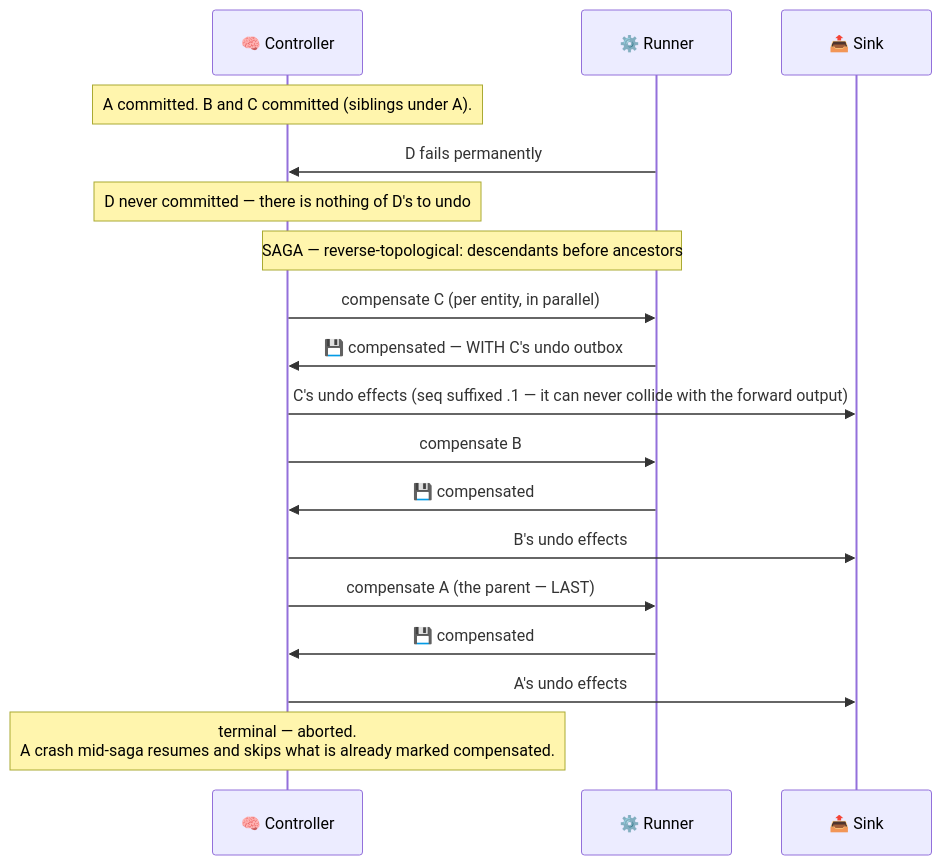
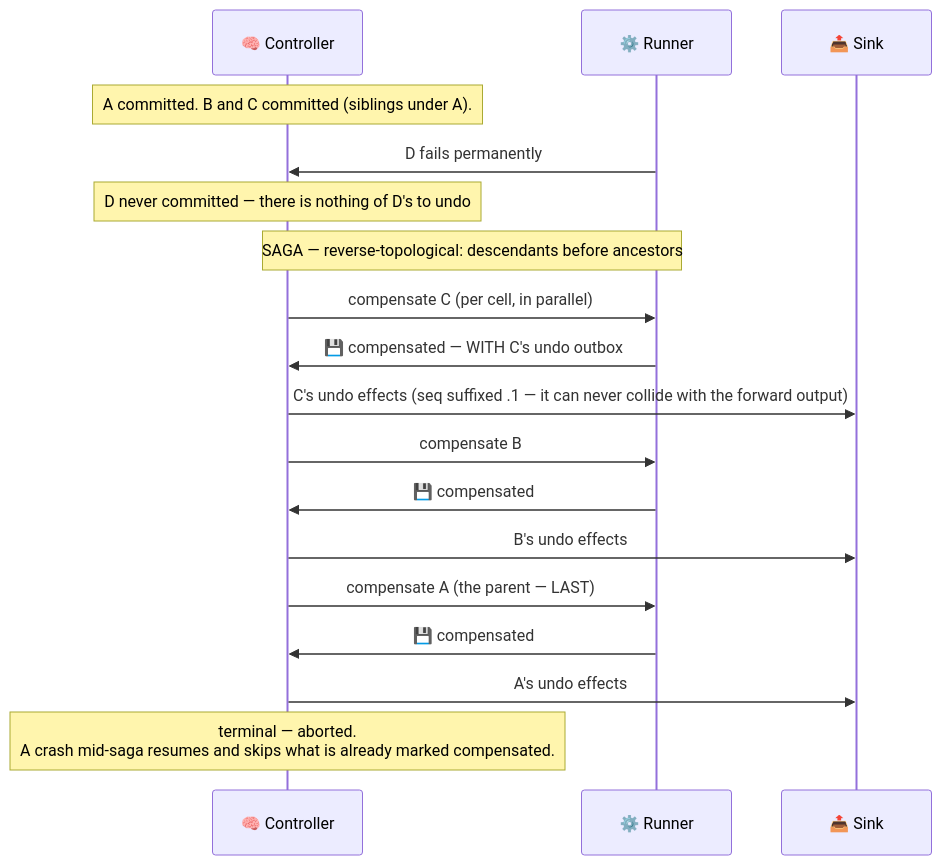
One commit to Flezha/flezha changed the fifth of 8 diagrams in docs/architecture/workflow_profile.md. Above: the diagram before and after it, drawn with Mermaid. The commit also changed other lines of this file and 604 other files, not shown here.

First line of the commit message:
Rename Procedure to Tasklet and Entity to Cell

````diff
--- a/docs/architecture/workflow_profile.md
+++ b/docs/architecture/workflow_profile.md
@@ -233,22 +233,22 @@
 ```mermaid
 sequenceDiagram
     participant CTRL as 🧠 Controller
     participant EX as ⚙️ Runner
     participant SINK as 📤 Sink
 
     Note over CTRL: A committed. B and C committed (siblings under A).
     EX->>CTRL: D fails permanently
     Note over CTRL: D never committed — there is nothing of D's to undo
 
     Note over CTRL,EX: SAGA — reverse-topological: descendants before ancestors
-    CTRL->>EX: compensate C (per entity, in parallel)
+    CTRL->>EX: compensate C (per cell, in parallel)
     EX->>CTRL: 💾 compensated — WITH C's undo outbox
     CTRL->>SINK: C's undo effects (seq suffixed .1 — it can never collide with the forward output)
     CTRL->>EX: compensate B
     EX->>CTRL: 💾 compensated
     CTRL->>SINK: B's undo effects
     CTRL->>EX: compensate A (the parent — LAST)
     EX->>CTRL: 💾 compensated
     CTRL->>SINK: A's undo effects
     Note over CTRL: terminal — aborted.<br/>A crash mid-saga resumes and skips what is already marked compensated.
 ```
````
